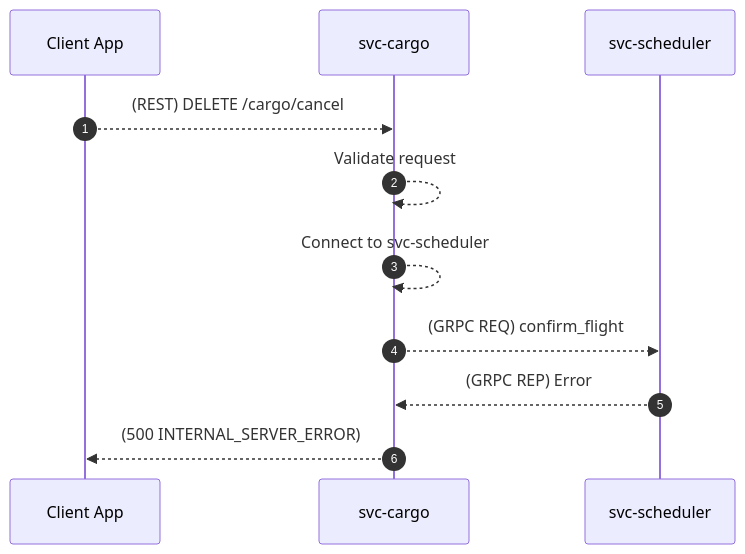
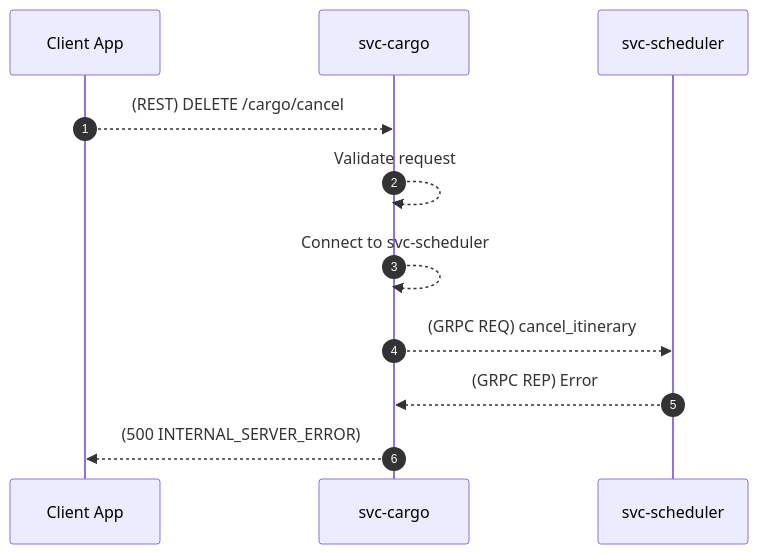
One commit to aetheric-oss/svc-cargo changed diagram 16 of 24 in docs/sdd.md. Above: the diagram before and after it, drawn with Mermaid. The commit also changed other lines of this file and 9 other files, not shown here.

````diff
--- a/docs/sdd.md
+++ b/docs/sdd.md
@@ -361,13 +344,13 @@
 ```mermaid
 sequenceDiagram
     autonumber
     participant client as Client App
     participant cargo as svc-cargo
     participant scheduler as svc-scheduler
     client-->>cargo: (REST) DELETE /cargo/cancel
     cargo-->>cargo: Validate request
     cargo-->>cargo: Connect to svc-scheduler
-    cargo-->>scheduler: (GRPC REQ) confirm_flight
+    cargo-->>scheduler: (GRPC REQ) cancel_itinerary
     scheduler-->>cargo: (GRPC REP) Error
     cargo-->>client: (500 INTERNAL_SERVER_ERROR)
 ```
````
